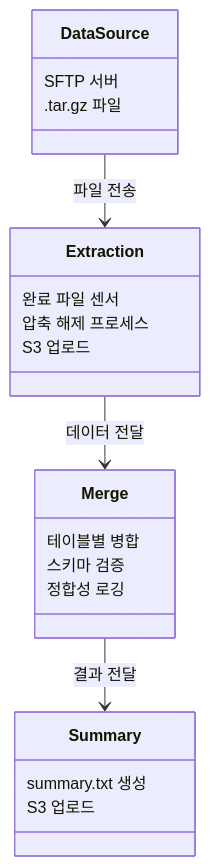
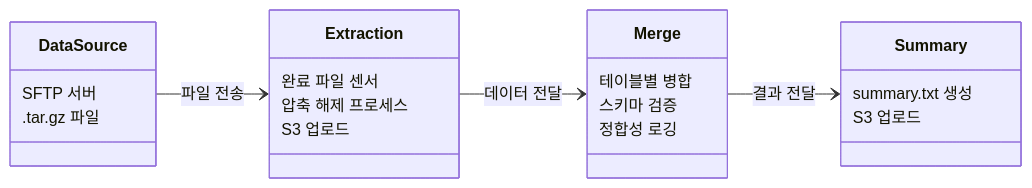
Before and after one commit to yeokyeong-yoon/yeokyeong-yoon.github.io: the fourth of 9 diagrams in _posts/2025-03-18-etl-pipeline.md, drawn with Mermaid. The commit also changed other lines of this file, not shown here.

````diff
--- a/_posts/2025-03-18-etl-pipeline.md
+++ b/_posts/2025-03-18-etl-pipeline.md
@@ -179,28 +179,29 @@
 ```mermaid
 classDiagram
+    direction LR
     class DataSource {
         SFTP 서버
         .tar.gz 파일
     }
     
     class Extraction {
         완료 파일 센서
         압축 해제 프로세스
         S3 업로드
     }
     
     class Merge {
         테이블별 병합
         스키마 검증
         정합성 로깅
     }
     
     class Summary {
         summary.txt 생성
         S3 업로드
     }
     
     DataSource --> Extraction : 파일 전송
     Extraction --> Merge : 데이터 전달
     Merge --> Summary : 결과 전달
 ```
````
